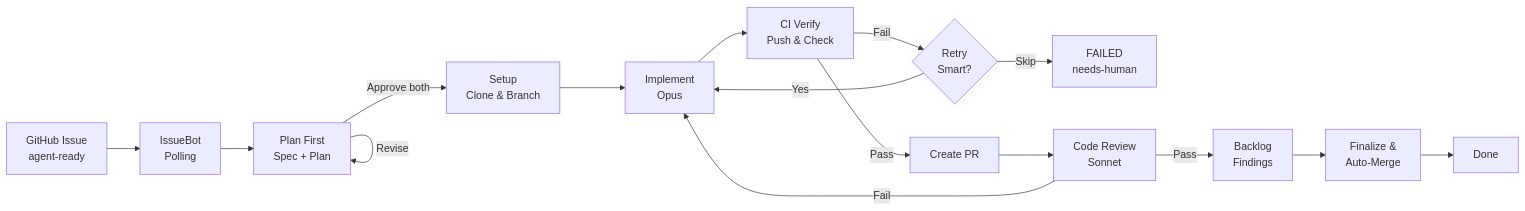
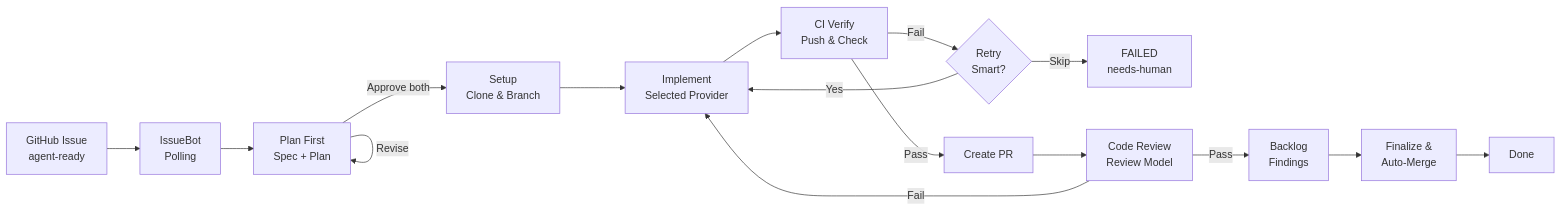
The first of 2 diagrams in README.md (dbbaskette/IssueBot), drawn with Mermaid before and after one commit. The commit also changed other lines of this file, not shown here.

Commit message:
docs: document codex cli provider (#127)

````diff
--- a/README.md
+++ b/README.md
@@ -17,18 +17,18 @@
 ```mermaid
 flowchart LR
     A[GitHub Issue<br>agent-ready] --> B[IssueBot<br>Polling]
     B --> P[Plan First<br>Spec + Plan]
     P -->|Revise| P
     P -->|Approve both| C[Setup<br>Clone & Branch]
-    C --> D[Implement<br>Opus]
+    C --> D[Implement<br>Selected Provider]
     D --> E[CI Verify<br>Push & Check]
     E -->|Fail| F{Retry<br>Smart?}
     F -->|Skip| G[FAILED<br>needs-human]
     F -->|Yes| D
     E -->|Pass| H[Create PR]
-    H --> I[Code Review<br>Sonnet]
+    H --> I[Code Review<br>Review Model]
     I -->|Fail| D
     I -->|Pass| J[Backlog<br>Findings]
     J --> K[Finalize &<br>Auto-Merge]
     K --> L[Done]
 ```
````
